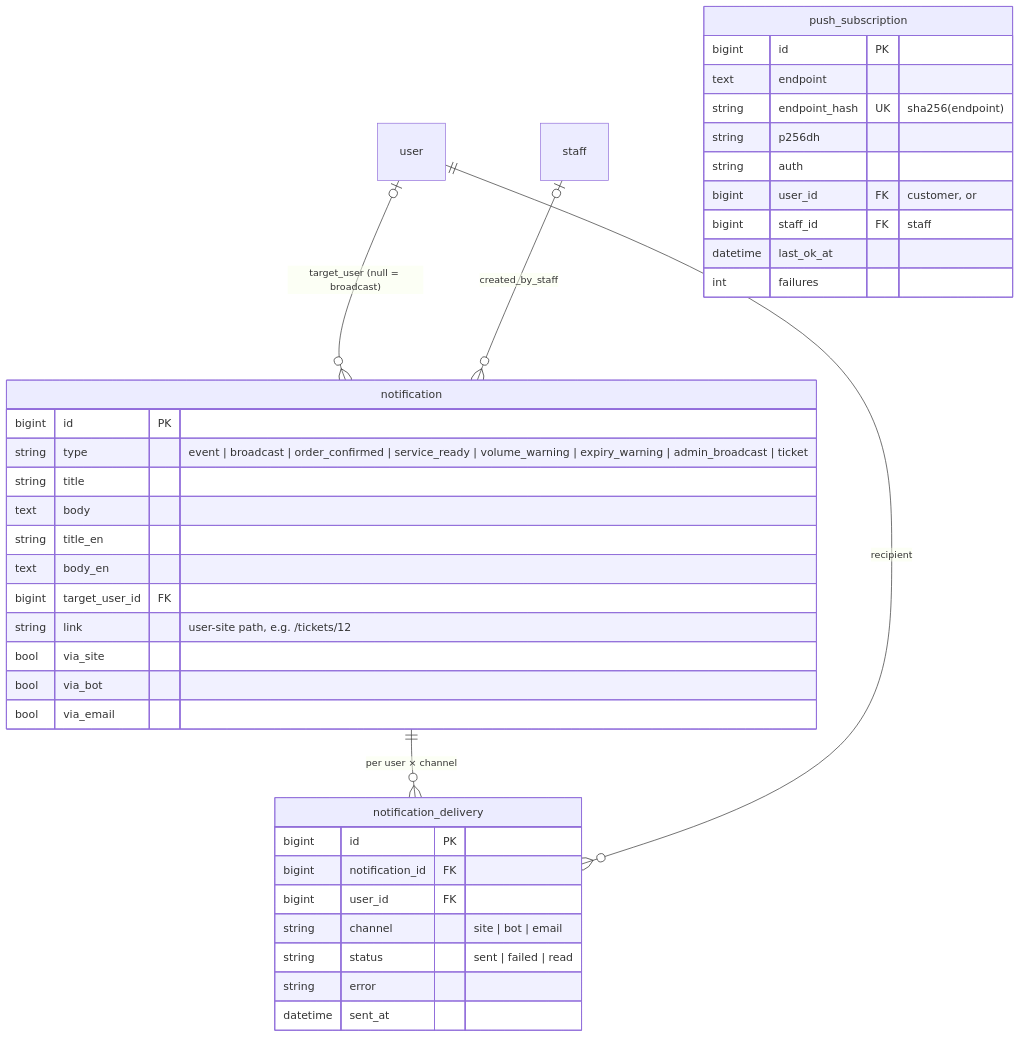
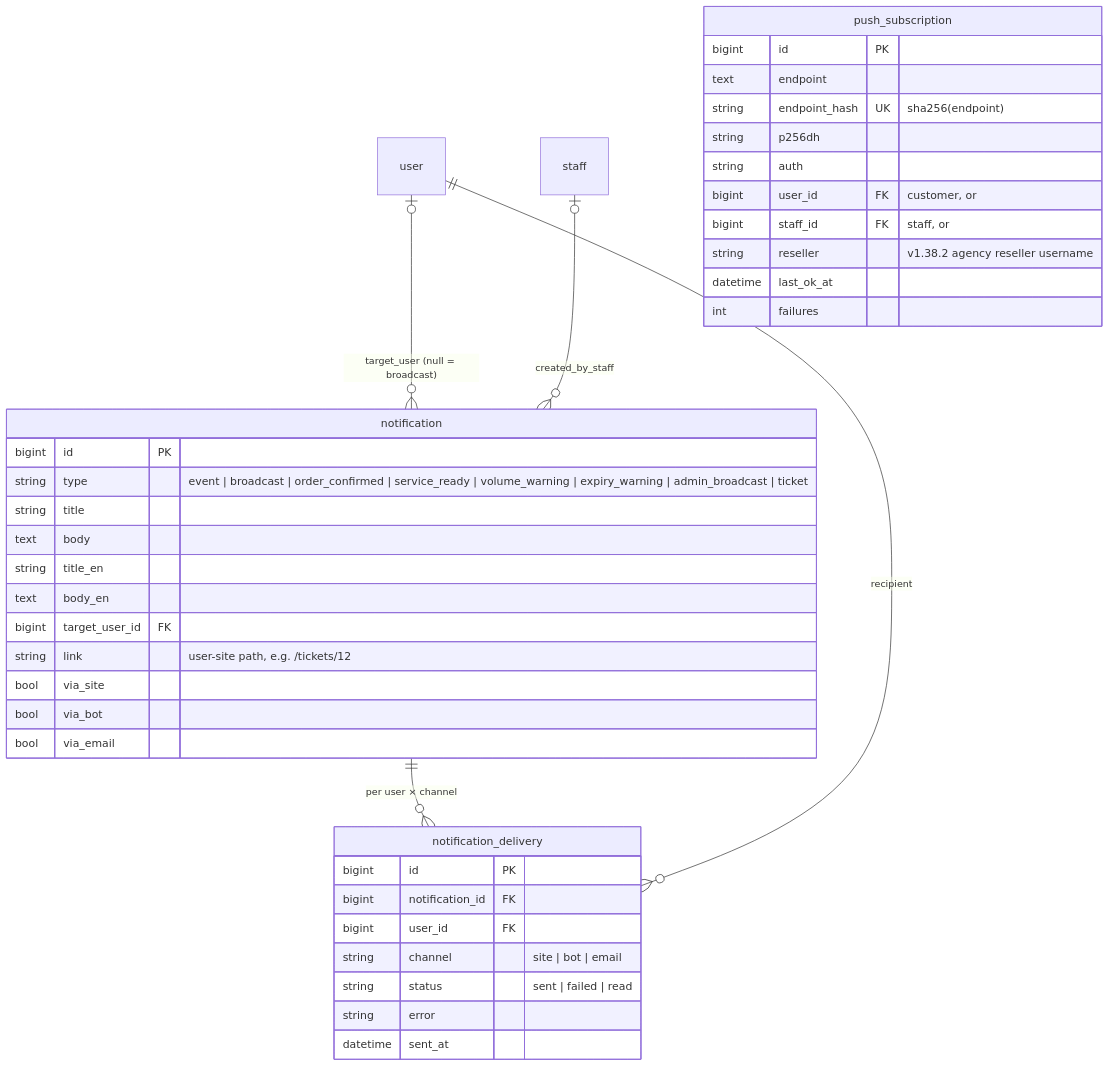
Before and after one commit to santiyagoburcart/caspintunel: the seventh of 8 diagrams in docs/erd.md, drawn with Mermaid. The commit also changed other lines of this file and 26 other files, not shown here.

````diff
--- a/docs/erd.md
+++ b/docs/erd.md
@@ -855,41 +855,42 @@
 ```mermaid
 erDiagram
     notification ||--o{ notification_delivery : "per user × channel"
     user |o--o{ notification : "target_user (null = broadcast)"
     user ||--o{ notification_delivery : "recipient"
     staff |o--o{ notification : "created_by_staff"
 
     notification {
         bigint id PK
         string type "event | broadcast | order_confirmed | service_ready | volume_warning | expiry_warning | admin_broadcast | ticket"
         string title
         text body
         string title_en
         text body_en
         bigint target_user_id FK
         string link "user-site path, e.g. /tickets/12"
         bool via_site
         bool via_bot
         bool via_email
     }
     push_subscription {
         bigint id PK
         text endpoint
         string endpoint_hash UK "sha256(endpoint)"
         string p256dh
         string auth
         bigint user_id FK "customer, or"
-        bigint staff_id FK "staff"
+        bigint staff_id FK "staff, or"
+        string reseller "v1.38.2 agency reseller username"
         datetime last_ok_at
         int failures
     }
     notification_delivery {
         bigint id PK
         bigint notification_id FK
         bigint user_id FK
         string channel "site | bot | email"
         string status "sent | failed | read"
         string error
         datetime sent_at
     }
 ```
````
